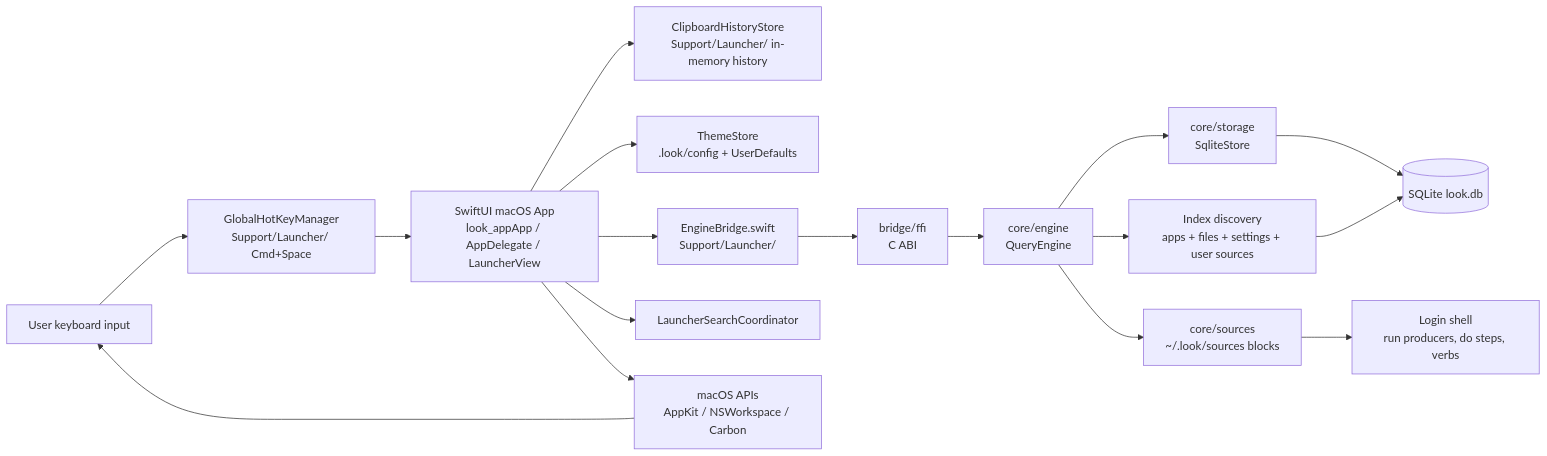
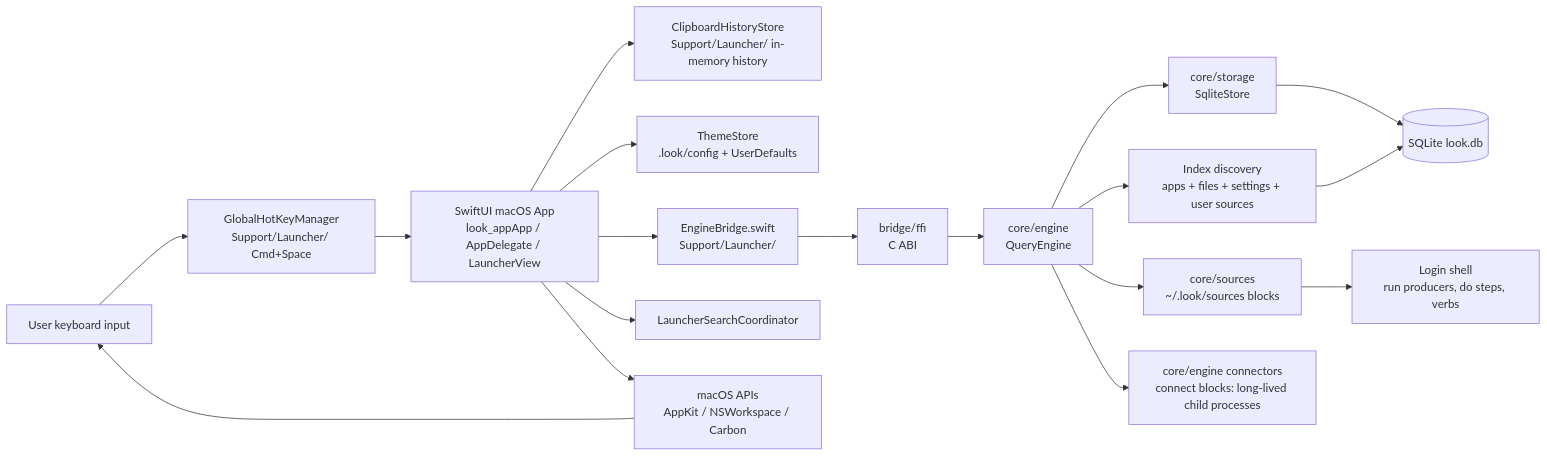
Before and after one commit to kunkka19xx/look: the first of 9 diagrams in docs/architecture.md, drawn with Mermaid. The commit also changed other lines of this file and 27 other files, not shown here.

````diff
--- a/docs/architecture.md
+++ b/docs/architecture.md
@@ -24,24 +24,25 @@
 ```mermaid
 flowchart LR
     User[User keyboard input] --> Hotkey[GlobalHotKeyManager\nSupport/Launcher/ Cmd+Space]
     Hotkey --> App[SwiftUI macOS App\nlook_appApp / AppDelegate / LauncherView]
 
     App --> Clipboard[ClipboardHistoryStore\nSupport/Launcher/ in-memory history]
     App --> Theme[ThemeStore\n.look/config + UserDefaults]
     App --> Bridge[EngineBridge.swift\nSupport/Launcher/]
     App --> Services[LauncherSearchCoordinator]
 
     Bridge --> FFI[bridge/ffi\nC ABI]
     FFI --> Engine[core/engine\nQueryEngine]
     Engine --> Storage[core/storage\nSqliteStore]
     Storage --> DB[(SQLite look.db)]
 
     Engine --> Indexers[Index discovery\napps + files + settings + user sources]
     Indexers --> DB
 
     Engine --> Sources[core/sources\n~/.look/sources blocks]
     Sources --> Shell[Login shell\nrun producers, do steps, verbs]
+    Engine --> Connectors[core/engine connectors\nconnect blocks: long-lived child processes]
 
     App --> OS[macOS APIs\nAppKit / NSWorkspace / Carbon]
     OS --> User
 ```
````
